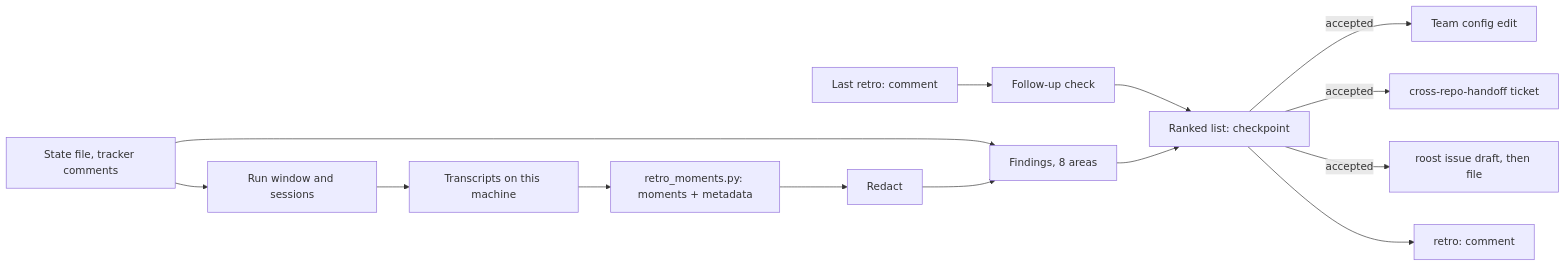
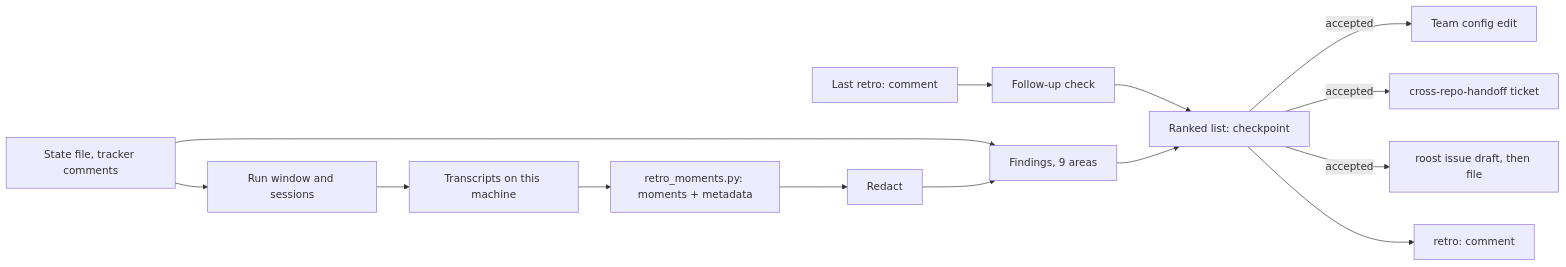
One commit to Beakpoint-Insights/roost changed the diagram in docs/design/issue-92-retro.md. Above: the diagram before and after it, drawn with Mermaid. The commit also changed other lines of this file, not shown here.

First line of the commit message:
docs: retro's findings have nine areas, with permissions and auto mode (#92)

````diff
--- a/docs/design/issue-92-retro.md
+++ b/docs/design/issue-92-retro.md
@@ -19,16 +19,16 @@
 ```mermaid
 flowchart LR
   P[Last retro: comment] --> F[Follow-up check]
   S[State file, tracker comments] --> W[Run window and sessions]
   W --> T[Transcripts on this machine]
   T --> M[retro_moments.py: moments + metadata]
   M --> R[Redact]
   S --> A
-  R --> A[Findings, 8 areas]
+  R --> A[Findings, 9 areas]
   F --> K
   A --> K[Ranked list: checkpoint]
   K -->|accepted| C[Team config edit]
   K -->|accepted| X[cross-repo-handoff ticket]
   K -->|accepted| I[roost issue draft, then file]
   K --> Q[retro: comment]
 ```
````
